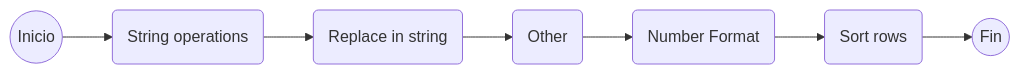
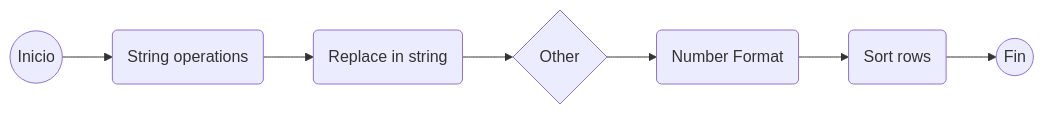
Before and after one commit to Stefano-UA/QOL_Study: the second of 2 diagrams in README.md, drawn with Mermaid.

````diff
--- a/README.md
+++ b/README.md
@@ -275,9 +275,9 @@
 ```mermaid
 graph LR;
     start((Inicio)) --> strops;
     strops(String operations) --> strrep;
 	strrep(Replace in string) --> other;
-    other(Other) --> numfor;
+    other{Other} --> numfor;
 	numfor(Number Format) --> sortrows;
     sortrows(Sort rows) --> success((Fin));
 ```
````
